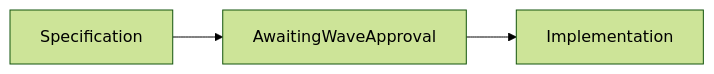
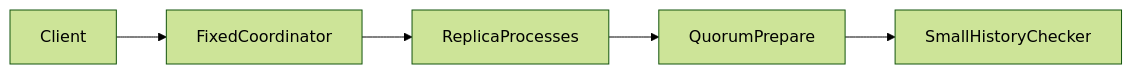
The diagram in README.md (rjrddy/m5-distributed-kv-store-with-failure-injection), drawn with Mermaid (forest theme) before and after one commit. The commit also changed other lines of this file and 7 other files, not shown here.

````diff
--- a/README.md
+++ b/README.md
@@ -9,4 +11,4 @@
 ```mermaid
 flowchart LR
-    Specification --> AwaitingWaveApproval --> Implementation
+    Client --> FixedCoordinator --> ReplicaProcesses --> QuorumPrepare --> SmallHistoryChecker
 ```
````
